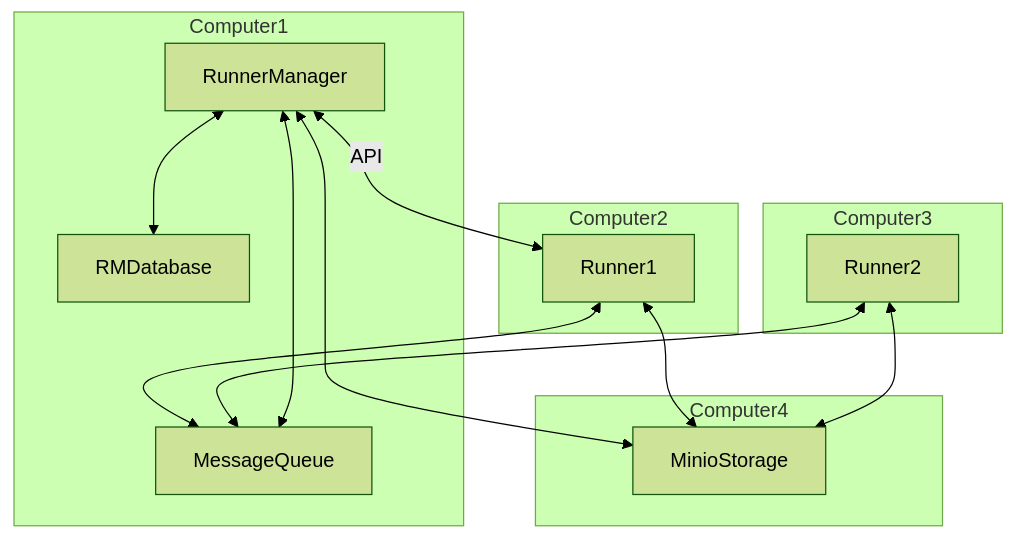
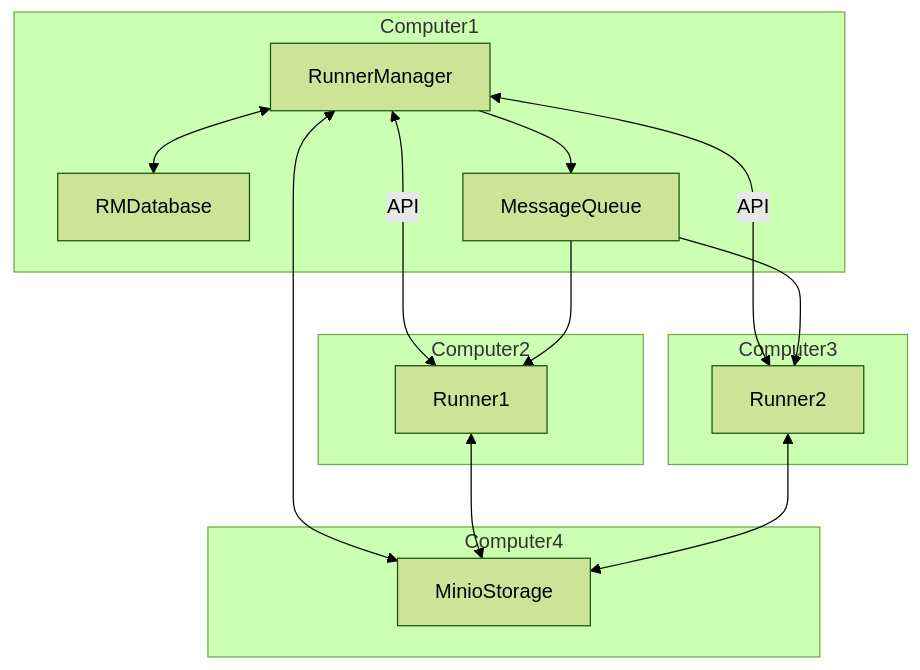
One commit to RCSS-Tournament-Manager/foxsy-tournament-manager changed the first of 3 diagrams in runner/readme.md. Above: the diagram before and after it, drawn with Mermaid (forest theme). The commit also changed other lines of this file, not shown here.

````diff
--- a/runner/readme.md
+++ b/runner/readme.md
@@ -15,25 +15,26 @@
 ```mermaid
 flowchart TD
     subgraph Computer1
         RM[RunnerManager]
         RMDB[RMDatabase]
         MQ[MessageQueue]
     end
     subgraph Computer2
         R1[Runner1]
     end
     subgraph Computer3
         R2[Runner2]
     end
     subgraph Computer4
         S[MinioStorage]
     end
     RM <-- API --> R1
-    R1 <--> MQ
-    R2 <--> MQ
+    RM <-- API --> R2
+    MQ --> R1
+    MQ --> R2
     RM <--> RMDB
-    RM <--> MQ
+    RM --> MQ
     RM <--> S
     R1 <--> S
     R2 <--> S
 ```
````
